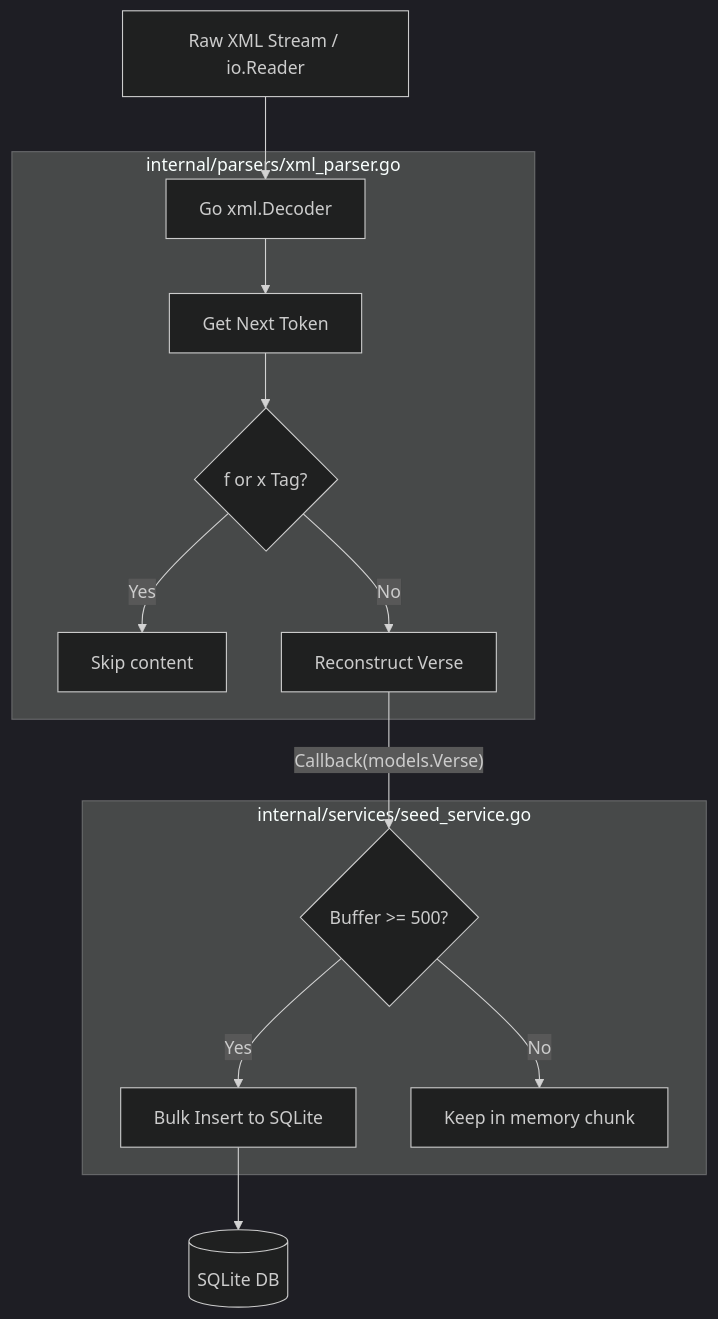
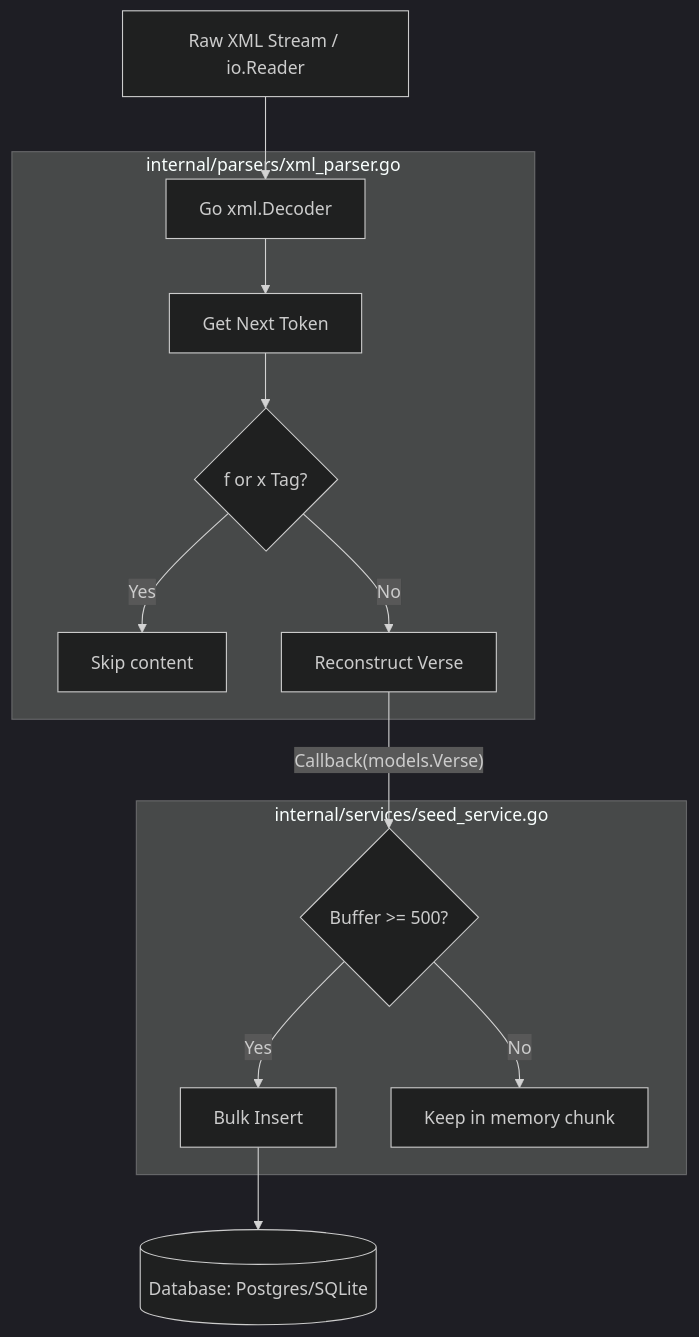
Before and after one commit to mvirtai/clible-v3-go: the diagram in docs/guide/import-and-seeding.md, drawn with Mermaid (dark theme). The commit also changed other lines of this file and 6 other files, not shown here.

````diff
--- a/docs/guide/import-and-seeding.md
+++ b/docs/guide/import-and-seeding.md
@@ -19,19 +19,19 @@
 ```mermaid
 graph TD
     File[Raw XML Stream / io.Reader] --> Dec[Go xml.Decoder]
     
     subgraph XML Parser [internal/parsers/xml_parser.go]
         Dec --> Token[Get Next Token]
         Token --> Filter{f or x Tag?}
         Filter -- Yes --> Skip[Skip content]
         Filter -- No --> Process[Reconstruct Verse]
     end
 
     subgraph Seed Service [internal/services/seed_service.go]
         Process -- Callback(models.Verse) --> Buffer{Buffer >= 500?}
-        Buffer -- Yes --> Bulk[Bulk Insert to SQLite]
+        Buffer -- Yes --> Bulk[Bulk Insert]
         Buffer -- No --> Accumulate[Keep in memory chunk]
     end
 
-    Bulk --> SQLite[(SQLite DB)]
+    Bulk --> DB[(Database: Postgres/SQLite)]
 ```
````
